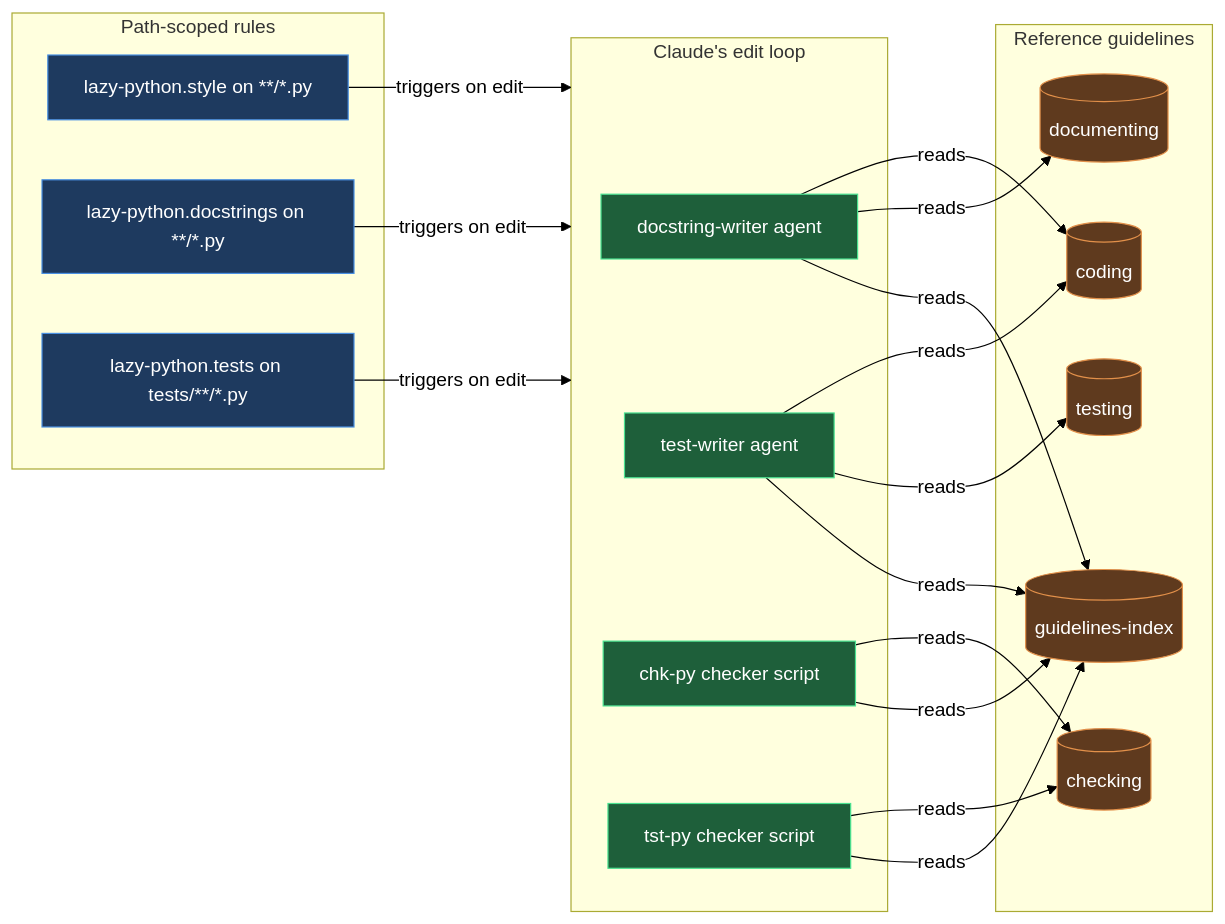
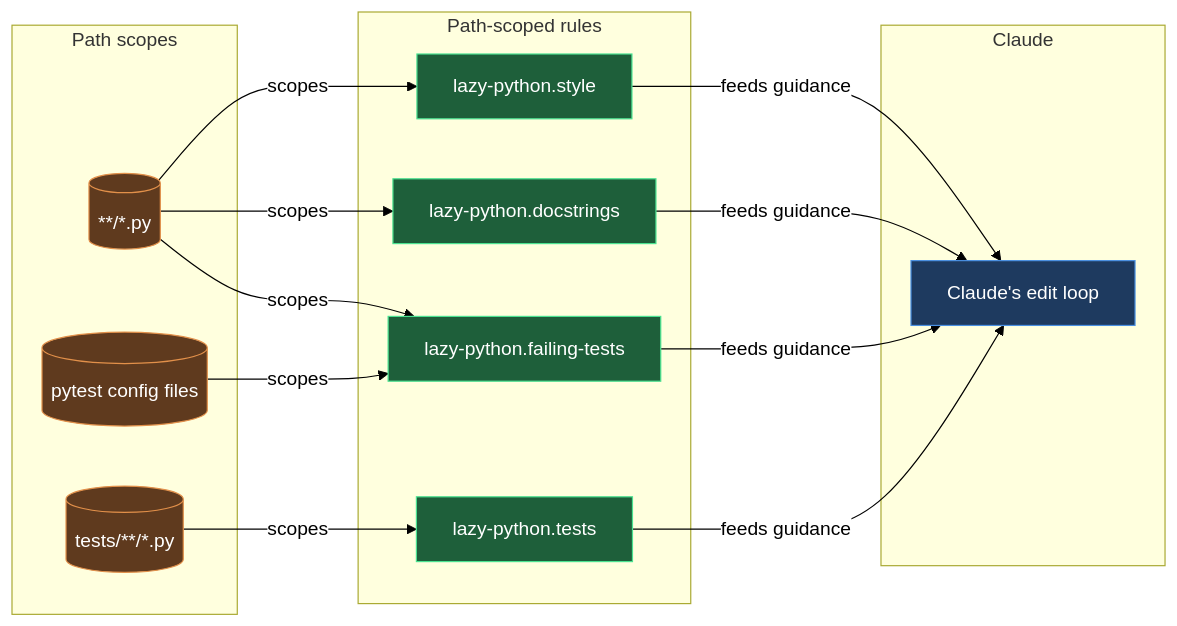
One commit to mebius-san/lazy-cortex changed the first of 2 diagrams in plugins/claude/lazycortex-python/help/discipline.md. Above: the diagram before and after it, drawn with Mermaid. The commit also changed other lines of this file and 20 other files, not shown here.

Commit message:
release lazycortex-python 4.9.0: failing-test policy merged into the lazy-python.failing-tests rule

````diff
--- a/plugins/claude/lazycortex-python/help/discipline.md
+++ b/plugins/claude/lazycortex-python/help/discipline.md
@@ -107,56 +117,42 @@
 ```mermaid
 %%{init: {'themeVariables':{'background':'transparent','lineColor':'#000','textColor':'#000','edgeLabelBackground':'#fff'},'themeCSS':'.edgeLabel{background-color:transparent!important}.edgeLabel p{background-color:transparent!important}','flowchart':{'diagramPadding':5,'useMaxWidth':true}}}%%
 flowchart LR
-  subgraph rules [Path-scoped rules]
-    styleRule[lazy-python.style on **/*.py]
-    docstringsRule[lazy-python.docstrings on **/*.py]
-    testsRule[lazy-python.tests on tests/**/*.py]
+  subgraph scopes ["Path scopes"]
+    pyFiles[("**/*.py")]
+    pytestConfig[("pytest config files")]
+    testFiles[("tests/**/*.py")]
   end
 
-  subgraph editLoop [Claude's edit loop]
-    docstringWriter[docstring-writer agent]
-    testWriter[test-writer agent]
-    chkPy[chk-py checker script]
-    tstPy[tst-py checker script]
+  subgraph rules ["Path-scoped rules"]
+    styleRule["lazy-python.style"]
+    docstringsRule["lazy-python.docstrings"]
+    failingTestsRule["lazy-python.failing-tests"]
+    testsRule["lazy-python.tests"]
   end
 
-  subgraph guidelines [Reference guidelines]
-    codingGuide[(coding)]
-    documentingGuide[(documenting)]
-    testingGuide[(testing)]
-    checkingGuide[(checking)]
-    indexGuide[(guidelines-index)]
+  subgraph claude ["Claude"]
+    editLoop["Claude's edit loop"]
   end
 
-  styleRule -->|triggers on edit| editLoop
-  docstringsRule -->|triggers on edit| editLoop
-  testsRule -->|triggers on edit| editLoop
-
-  docstringWriter -->|reads| codingGuide
-  docstringWriter -->|reads| documentingGuide
-  docstringWriter -->|reads| indexGuide
-  testWriter -->|reads| codingGuide
-  testWriter -->|reads| testingGuide
-  testWriter -->|reads| indexGuide
-  chkPy -->|reads| checkingGuide
-  chkPy -->|reads| indexGuide
-  tstPy -->|reads| checkingGuide
-  tstPy -->|reads| indexGuide
+  pyFiles -->|scopes| styleRule
+  pyFiles -->|scopes| docstringsRule
+  pyFiles -->|scopes| failingTestsRule
+  pytestConfig -->|scopes| failingTestsRule
+  testFiles -->|scopes| testsRule
+  styleRule -->|feeds guidance| editLoop
+  docstringsRule -->|feeds guidance| editLoop
+  failingTestsRule -->|feeds guidance| editLoop
+  testsRule -->|feeds guidance| editLoop
 
   classDef entry fill:#1e3a5f,stroke:#4a90e2,color:#fff
   classDef action fill:#1e5f3a,stroke:#4ae290,color:#fff
   classDef store fill:#5f3a1e,stroke:#e2904a,color:#fff
-
-  class styleRule entry
-  class docstringsRule entry
-  class testsRule entry
-  class docstringWriter action
-  class testWriter action
-  class chkPy action
-  class tstPy action
-  class codingGuide store
-  class documentingGuide store
-  class testingGuide store
-  class checkingGuide store
-  class indexGuide store
+  class pyFiles store
+  class pytestConfig store
+  class testFiles store
+  class styleRule action
+  class docstringsRule action
+  class failingTestsRule action
+  class testsRule action
+  class editLoop entry
 ```
````
